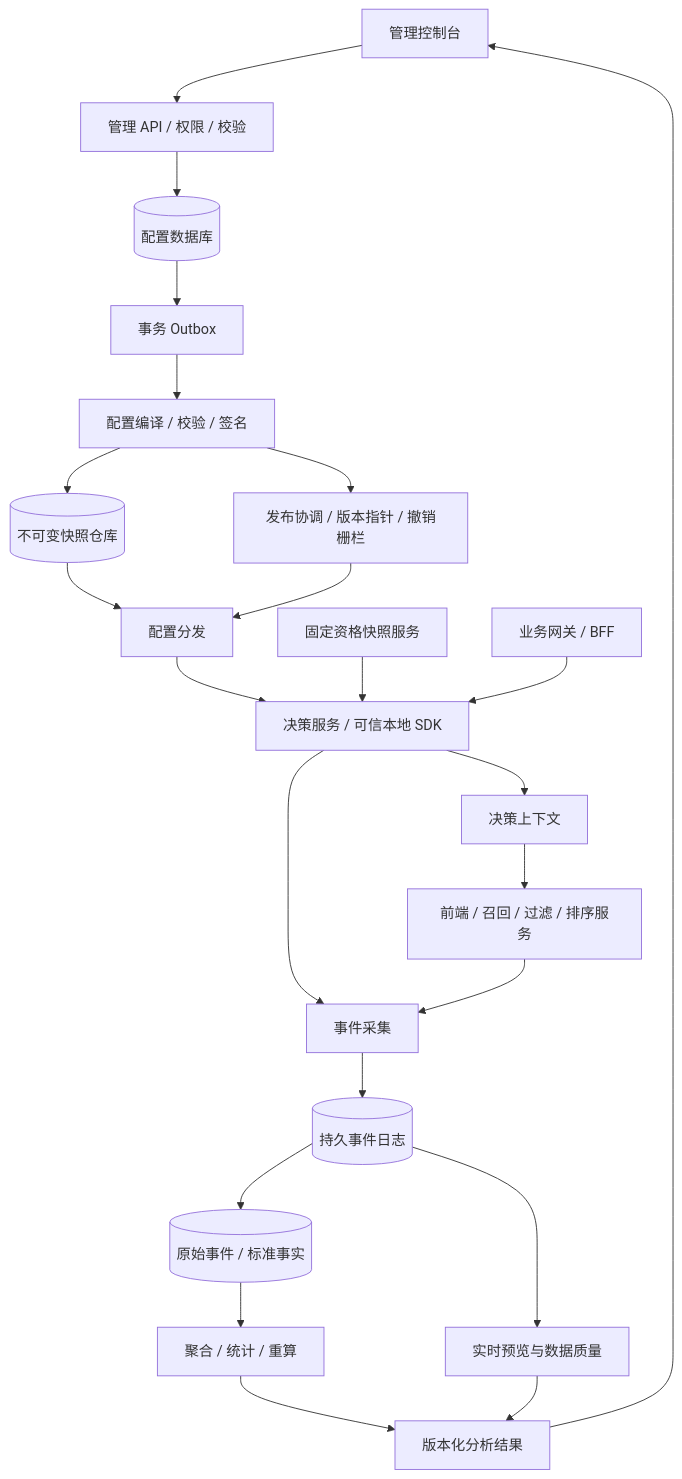
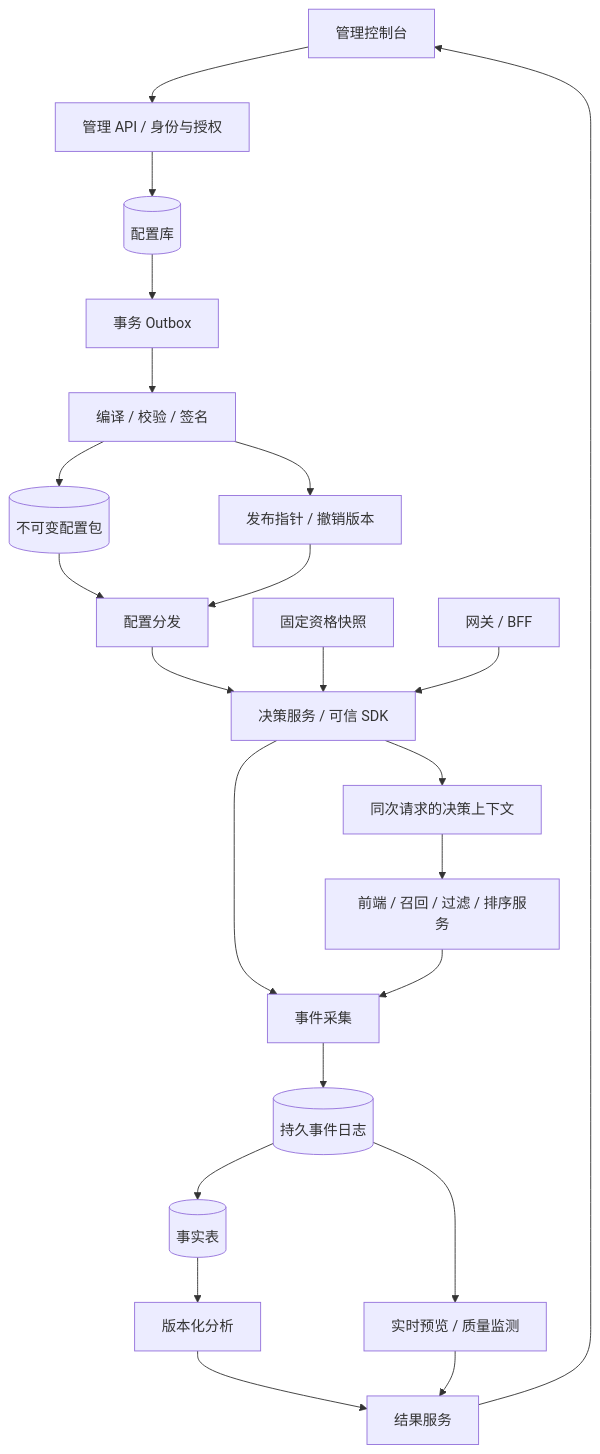
One commit to wangxwit/abtest changed the second of 3 diagrams in docs/服务端技术方案/README.md. Above: the diagram before and after it, drawn with Mermaid. The commit also changed other lines of this file and 37 other files, not shown here.

````diff
--- a/docs/服务端技术方案/README.md
+++ b/docs/服务端技术方案/README.md
@@ -57,25 +115,25 @@
 ```mermaid
 flowchart TB
-    UI[管理控制台] --> API[管理 API / 权限 / 校验]
-    API --> DB[(配置数据库)]
+    UI[管理控制台] --> API[管理 API / 身份与授权]
+    API --> DB[(配置库)]
     DB --> OUT[事务 Outbox]
-    OUT --> COMP[配置编译 / 校验 / 签名]
-    COMP --> OBJ[(不可变快照仓库)]
-    COMP --> REL[发布协调 / 版本指针 / 撤销栅栏]
+    OUT --> COMP[编译 / 校验 / 签名]
+    COMP --> OBJ[(不可变配置包)]
+    COMP --> REL[发布指针 / 撤销版本]
     OBJ --> DIST[配置分发]
     REL --> DIST
-    DIST --> DEC[决策服务 / 可信本地 SDK]
-    PROFILE[固定资格快照服务] --> DEC
-    BFF[业务网关 / BFF] --> DEC
-    DEC --> CTX[决策上下文]
+    DIST --> DEC[决策服务 / 可信 SDK]
+    PROFILE[固定资格快照] --> DEC
+    BFF[网关 / BFF] --> DEC
+    DEC --> CTX[同次请求的决策上下文]
     CTX --> APP[前端 / 召回 / 过滤 / 排序服务]
     DEC --> ING[事件采集]
     APP --> ING
     ING --> LOG[(持久事件日志)]
-    LOG --> STREAM[实时预览与数据质量]
-    LOG --> LAKE[(原始事件 / 标准事实)]
-    LAKE --> BATCH[聚合 / 统计 / 重算]
-    BATCH --> RESULT[版本化分析结果]
+    LOG --> LAKE[(事实表)]
+    LOG --> STREAM[实时预览 / 质量监测]
+    LAKE --> ANALYSIS[版本化分析]
+    ANALYSIS --> RESULT[结果服务]
     STREAM --> RESULT
     RESULT --> UI
 ```
````
